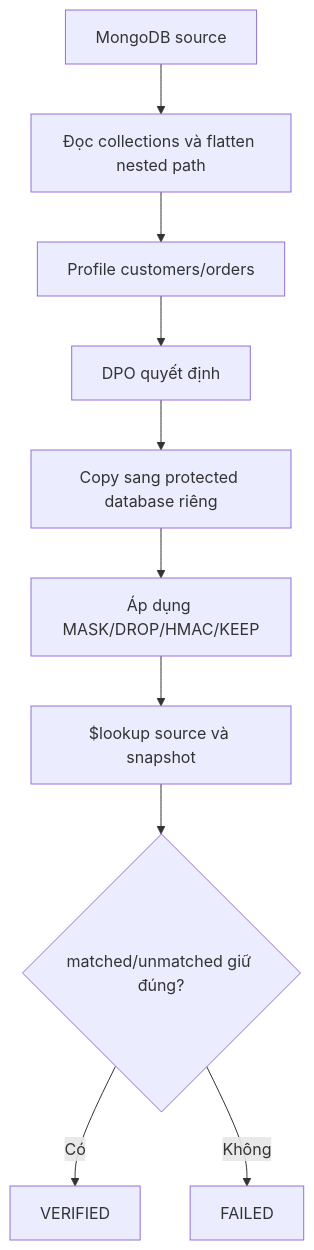
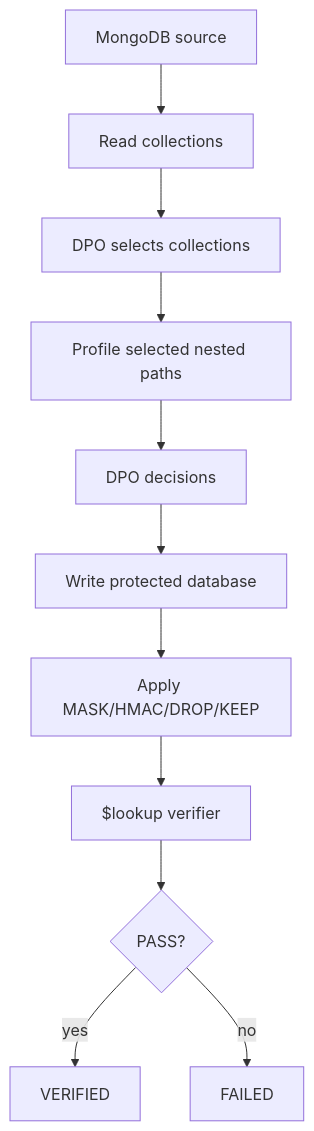
Before and after one commit to tlong1610/PII_Masking: the fourth of 4 diagrams in docs/SYSTEM_ARCHITECTURE.md, drawn with Mermaid. The commit also changed other lines of this file and 15 other files, not shown here.

Commit message:
feat: add source scope selection and HMAC-locked field handling to PII review experience

````diff
--- a/docs/SYSTEM_ARCHITECTURE.md
+++ b/docs/SYSTEM_ARCHITECTURE.md
@@ -140,12 +138,13 @@
-~~~mermaid
+```mermaid
 flowchart TD
-    A[MongoDB source] --> B[Đọc collections và flatten nested path]
-    B --> C[Profile customers/orders]
-    C --> D[DPO quyết định]
-    D --> E[Copy sang protected database riêng]
-    E --> F[Áp dụng MASK/DROP/HMAC/KEEP]
-    F --> G[$lookup source và snapshot]
-    G --> H{matched/unmatched giữ đúng?}
-    H -->|Có| I[VERIFIED]
-    H -->|Không| J[FAILED]
-~~~
+    A[MongoDB source] --> B[Read collections]
+    B --> C[DPO selects collections]
+    C --> D[Profile selected nested paths]
+    D --> E[DPO decisions]
+    E --> F[Write protected database]
+    F --> G[Apply MASK/HMAC/DROP/KEEP]
+    G --> H[$lookup verifier]
+    H --> I{PASS?}
+    I -->|yes| J[VERIFIED]
+    I -->|no| K[FAILED]
+```
````
